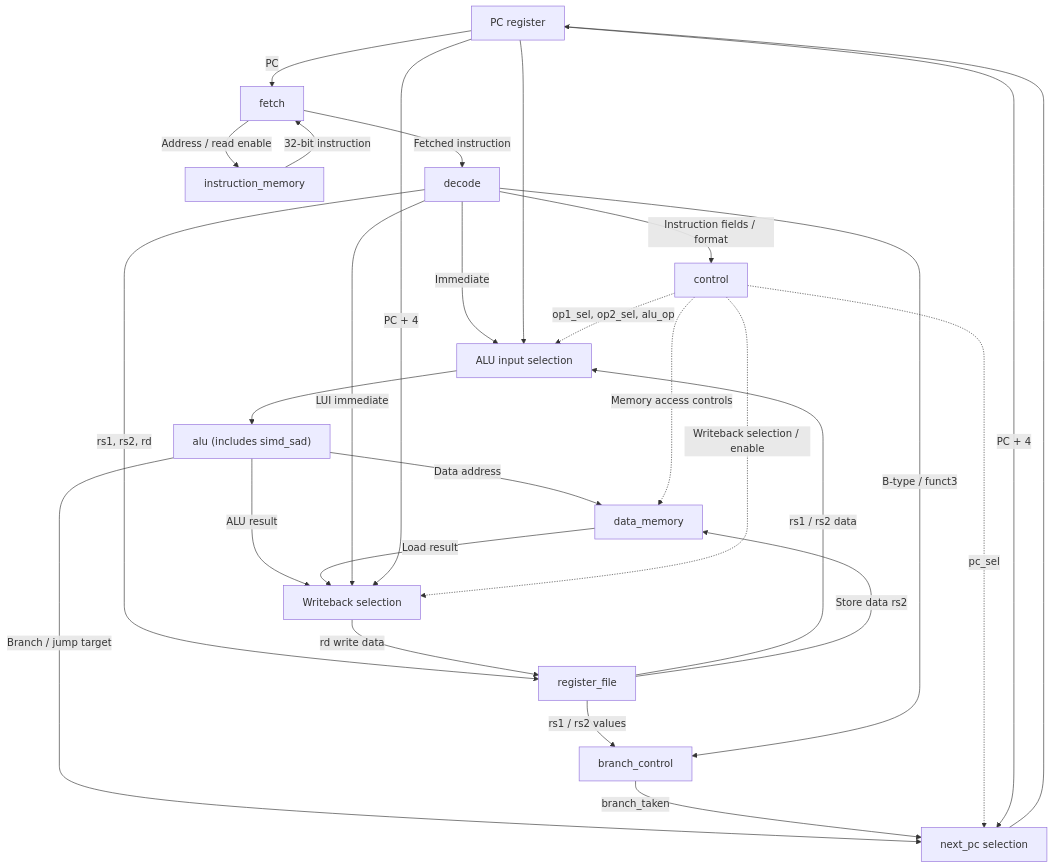
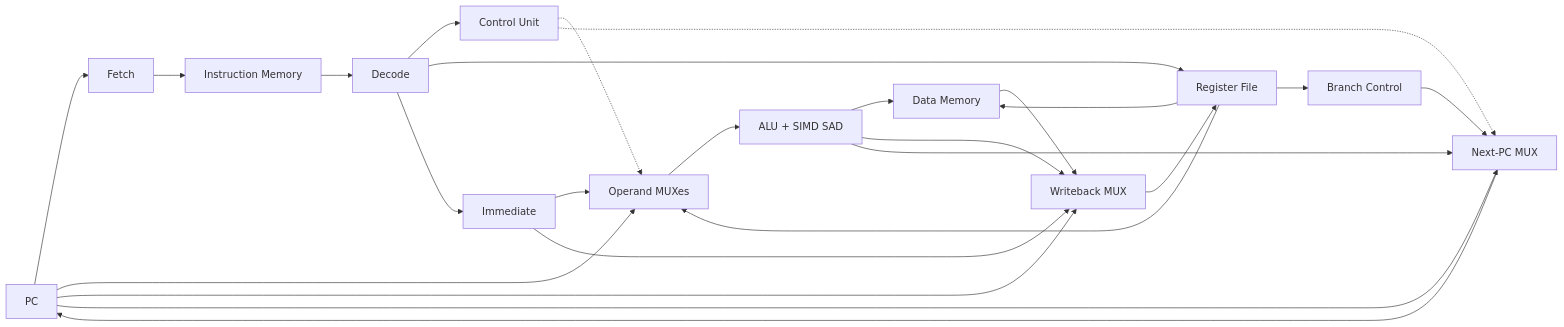
The first of 2 diagrams in README.md (RL-Hillman/RV32I-Single-Cycle-CPU), drawn with Mermaid before and after one commit. The commit also changed other lines of this file, not shown here.

````diff
--- a/README.md
+++ b/README.md
@@ -59,30 +23,27 @@
 ```mermaid
-flowchart TB
-    PC["PC register"] -->|PC| FETCH["fetch"]
-    FETCH -->|Address / read enable| IMEM["instruction_memory"]
-    IMEM -->|32-bit instruction| FETCH
-    FETCH -->|Fetched instruction| DEC["decode"]
-    DEC -->|Instruction fields / format| CTRL["control"]
-    DEC -->|rs1, rs2, rd| RF["register_file"]
-    DEC -->|Immediate| MUX["ALU input selection"]
-    RF -->|rs1 / rs2 data| MUX
-    PC --> MUX
-    CTRL -.->|op1_sel, op2_sel, alu_op| MUX
-    MUX --> ALU["alu (includes simd_sad)"]
-    RF -->|rs1 / rs2 values| BC["branch_control"]
-    DEC -->|B-type / funct3| BC
-    ALU -->|Data address| DMEM["data_memory"]
-    RF -->|Store data rs2| DMEM
-    CTRL -.->|Memory access controls| DMEM
-    ALU -->|ALU result| WB["Writeback selection"]
-    DMEM -->|Load result| WB
-    DEC -->|LUI immediate| WB
-    PC -->|PC + 4| WB
-    CTRL -.->|Writeback selection / enable| WB
-    WB -->|rd write data| RF
-    ALU -->|Branch / jump target| NEXT["next_pc selection"]
-    BC -->|branch_taken| NEXT
-    CTRL -.->|pc_sel| NEXT
-    PC -->|PC + 4| NEXT
+flowchart LR
+    PC["PC"] --> F["Fetch"]
+    F --> IM["Instruction Memory"]
+    IM --> D["Decode"]
+    D --> CU["Control Unit"]
+    D --> RF["Register File"]
+    D --> IMM["Immediate"]
+    RF --> O["Operand MUXes"]
+    IMM --> O
+    PC --> O
+    CU -.-> O
+    O --> ALU["ALU + SIMD SAD"]
+    ALU --> DM["Data Memory"]
+    RF --> DM
+    ALU --> WB["Writeback MUX"]
+    DM --> WB
+    IMM --> WB
+    PC --> WB
+    WB --> RF
+    RF --> BC["Branch Control"]
+    BC --> NEXT["Next-PC MUX"]
+    ALU --> NEXT
+    PC --> NEXT
+    CU -.-> NEXT
     NEXT --> PC
 ```
````
